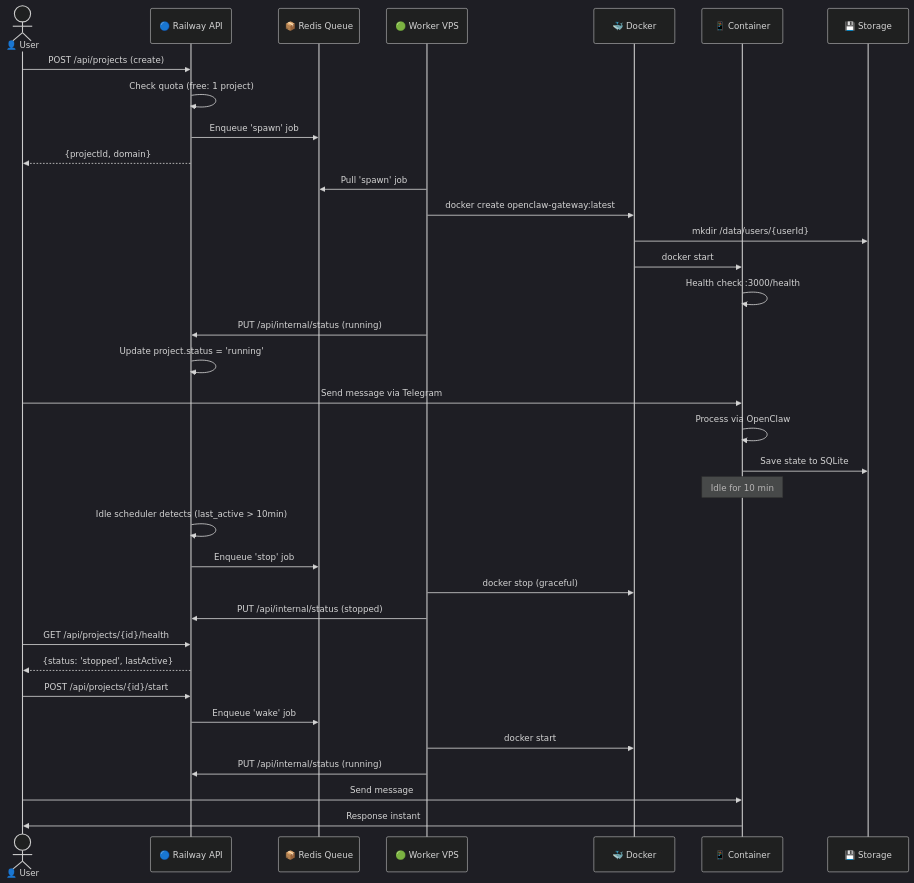
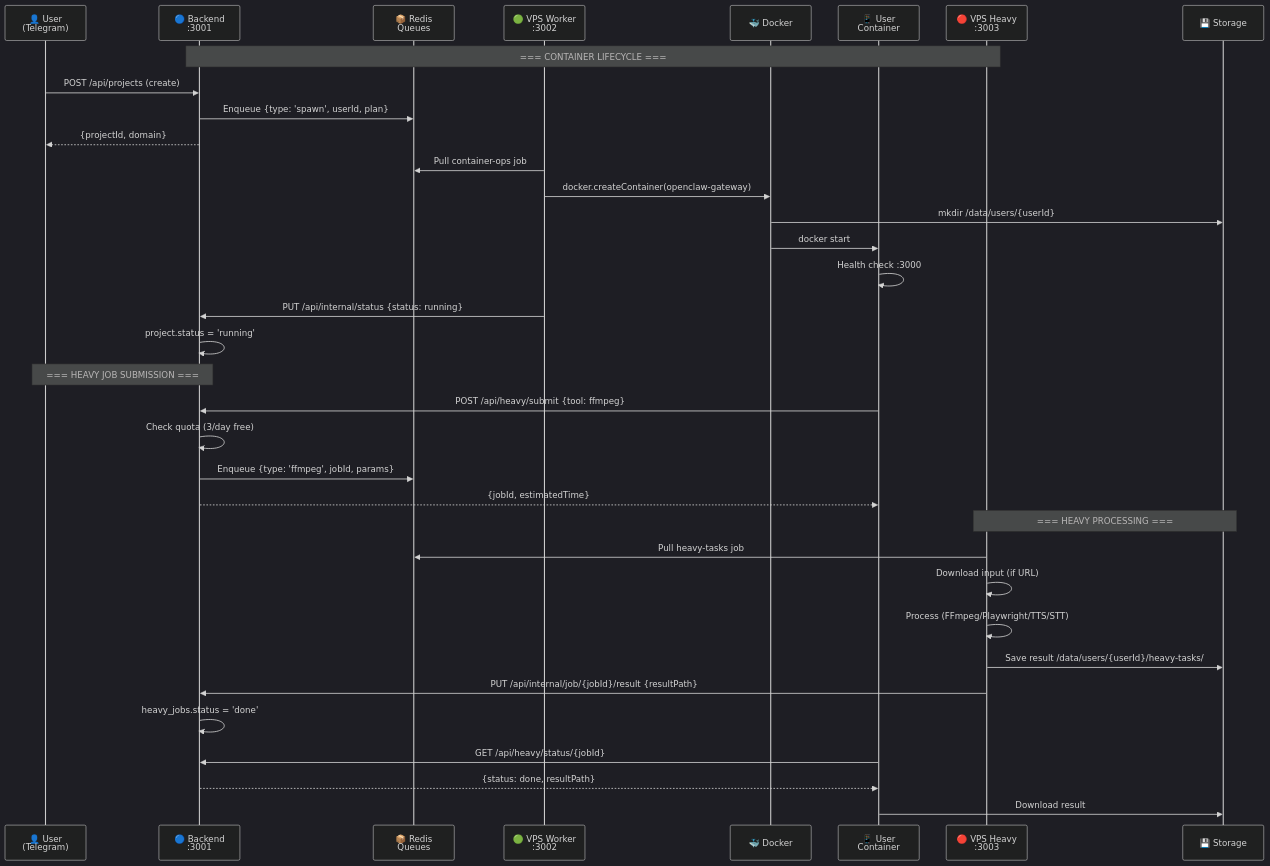
Before and after one commit to mankhb2k/claw-dashboard: the third of 14 diagrams in ARCHITECTURE_DIAGRAMS.md, drawn with Mermaid (dark theme). The commit also changed other lines of this file and 30 other files, not shown here.

Commit message:
add vps-worker and vps-heavy

````diff
--- a/ARCHITECTURE_DIAGRAMS.md
+++ b/ARCHITECTURE_DIAGRAMS.md
@@ -85,45 +107,46 @@
 ```mermaid
 sequenceDiagram
-    actor User as 👤 User
-    participant API as 🔵 Railway API
-    participant Queue as 📦 Redis Queue
-    participant Worker as 🟢 Worker VPS
+    participant User as 👤 User<br/>(Telegram)
+    participant API as 🔵 Backend<br/>:3001
+    participant Redis as 📦 Redis<br/>Queues
+    participant Worker as 🟢 VPS Worker<br/>:3002
     participant Docker as 🐳 Docker
-    participant Container as 📱 Container
+    participant Container as 📱 User<br/>Container
+    participant Heavy as 🔴 VPS Heavy<br/>:3003
     participant Storage as 💾 Storage
+
+    Note over API,Heavy: === CONTAINER LIFECYCLE ===
     
     User->>API: POST /api/projects (create)
-    API->>API: Check quota (free: 1 project)
-    API->>Queue: Enqueue 'spawn' job
+    API->>Redis: Enqueue {type: 'spawn', userId, plan}
     API-->>User: {projectId, domain}
     
-    Worker->>Queue: Pull 'spawn' job
-    Worker->>Docker: docker create openclaw-gateway:latest
+    Worker->>Redis: Pull container-ops job
+    Worker->>Docker: docker.createContainer(openclaw-gateway)
     Docker->>Storage: mkdir /data/users/{userId}
     Docker->>Container: docker start
-    Container->>Container: Health check :3000/health
+    Container->>Container: Health check :3000
     
-    Worker->>API: PUT /api/internal/status (running)
-    API->>API: Update project.status = 'running'
+    Worker->>API: PUT /api/internal/status {status: running}
+    API->>API: project.status = 'running'
     
-    User->>Container: Send message via Telegram
-    Container->>Container: Process via OpenClaw
-    Container->>Storage: Save state to SQLite
+    Note over User,API: === HEAVY JOB SUBMISSION ===
     
-    Note over Container: Idle for 10 min
+    Container->>API: POST /api/heavy/submit {tool: ffmpeg}
+    API->>API: Check quota (3/day free)
+    API->>Redis: Enqueue {type: 'ffmpeg', jobId, params}
+    API-->>Container: {jobId, estimatedTime}
     
-    API->>API: Idle scheduler detects (last_active > 10min)
-    API->>Queue: Enqueue 'stop' job
-    Worker->>Docker: docker stop (graceful)
-    Worker->>API: PUT /api/internal/status (stopped)
+    Note over Heavy,Storage: === HEAVY PROCESSING ===
     
-    User->>API: GET /api/projects/{id}/health
-    API-->>User: {status: 'stopped', lastActive}
-    User->>API: POST /api/projects/{id}/start
-    API->>Queue: Enqueue 'wake' job
-    Worker->>Docker: docker start
-    Worker->>API: PUT /api/internal/status (running)
+    Heavy->>Redis: Pull heavy-tasks job
+    Heavy->>Heavy: Download input (if URL)
+    Heavy->>Heavy: Process (FFmpeg/Playwright/TTS/STT)
+    Heavy->>Storage: Save result /data/users/{userId}/heavy-tasks/
+    Heavy->>API: PUT /api/internal/job/{jobId}/result {resultPath}
     
-    User->>Container: Send message
-    Container->>User: Response instant
+    API->>API: heavy_jobs.status = 'done'
+    Container->>API: GET /api/heavy/status/{jobId}
+    API-->>Container: {status: done, resultPath}
+    Container->>Storage: Download result
 ```
````
